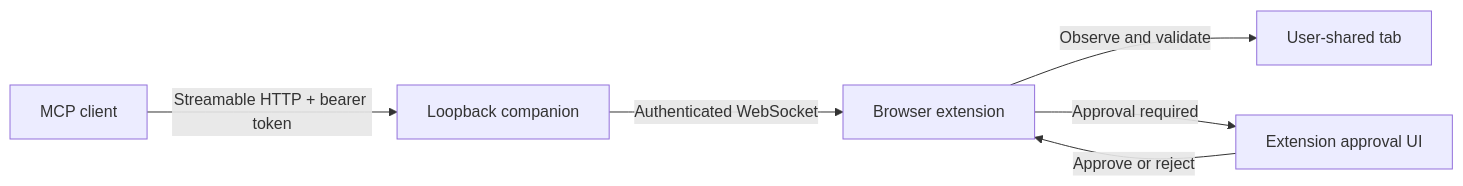
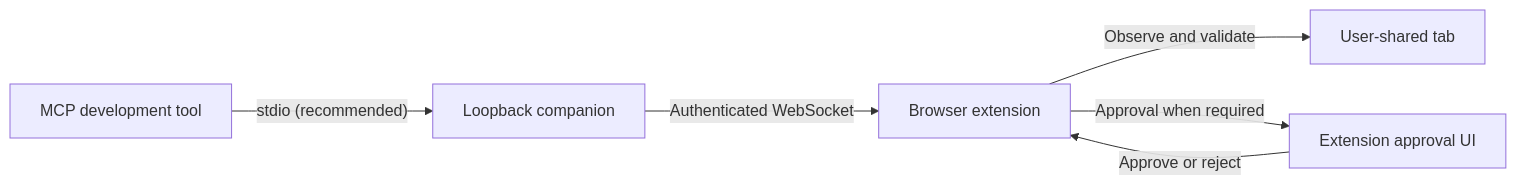
The diagram in docs/bridge.md (efficjump/my-assistant-web-plugin), drawn with Mermaid before and after one commit. The commit also changed other lines of this file and 28 other files, not shown here.

````diff
--- a/docs/bridge.md
+++ b/docs/bridge.md
@@ -5,8 +5,8 @@
 ```mermaid
 flowchart LR
-    C["MCP client"] -->|"Streamable HTTP + bearer token"| B["Loopback companion"]
+    C["MCP development tool"] -->|"stdio (recommended)"| B["Loopback companion"]
     B -->|"Authenticated WebSocket"| E["Browser extension"]
     E -->|"Observe and validate"| T["User-shared tab"]
-    E -->|"Approval required"| U["Extension approval UI"]
+    E -->|"Approval when required"| U["Extension approval UI"]
     U -->|"Approve or reject"| E
 ```
````
